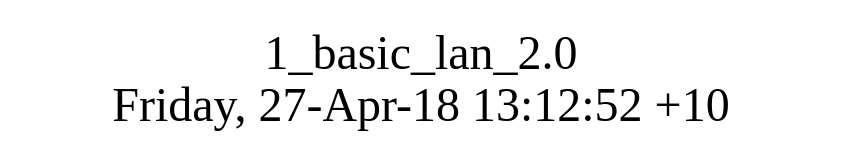
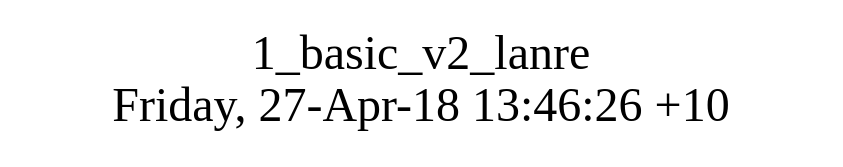
One commit to AplaProject/apps changed the diagram in src/basic/1_basic_v2_lanres/struct.dot. Above: the diagram before and after it, drawn with Graphviz. The commit also changed 47 other files, not shown here.

```diff
--- a/src/basic/1_basic_v2_lanres/struct.dot
+++ b/src/basic/1_basic_v2_lanres/struct.dot
@@ -1,8 +1,8 @@
 digraph G {
 fontsize="24";
-label="1_basic_lan_2.0\nFriday, 27-Apr-18 13:12:52 +10";
+label="1_basic_v2_lanre\nFriday, 27-Apr-18 13:46:26 +10";
 nojustify=true;
 ordering=out;
 rankdir=LR;
 size="30";
 }
```
